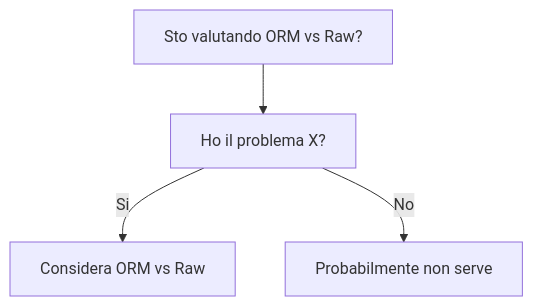
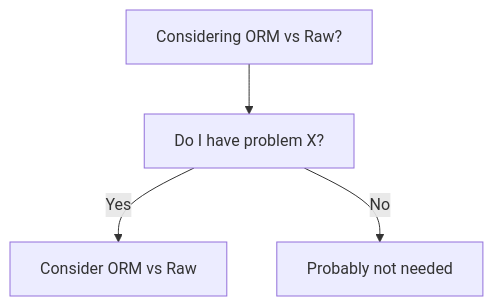
The diagram in dev-wiki/06_Data_Storage/ORM_vs_Raw/When_To_Use.md (HxT9/Software-Dev-Wiki), drawn with Mermaid before and after one commit. The commit also changed other lines of this file and 3444 other files, not shown here.

````diff
--- a/dev-wiki/06_Data_Storage/ORM_vs_Raw/When_To_Use.md
+++ b/dev-wiki/06_Data_Storage/ORM_vs_Raw/When_To_Use.md
@@ -19,6 +19,6 @@
 ```mermaid
 flowchart TD
-  Q[Sto valutando ORM vs Raw?] --> Q1[Ho il problema X?]
-  Q1 -->|Si| OK[Considera ORM vs Raw]
-  Q1 -->|No| NO[Probabilmente non serve]
+  Q[Considering ORM vs Raw?] --> Q1[Do I have problem X?]
+  Q1 -->|Yes| OK[Consider ORM vs Raw]
+  Q1 -->|No| NO[Probably not needed]
 ```
````
